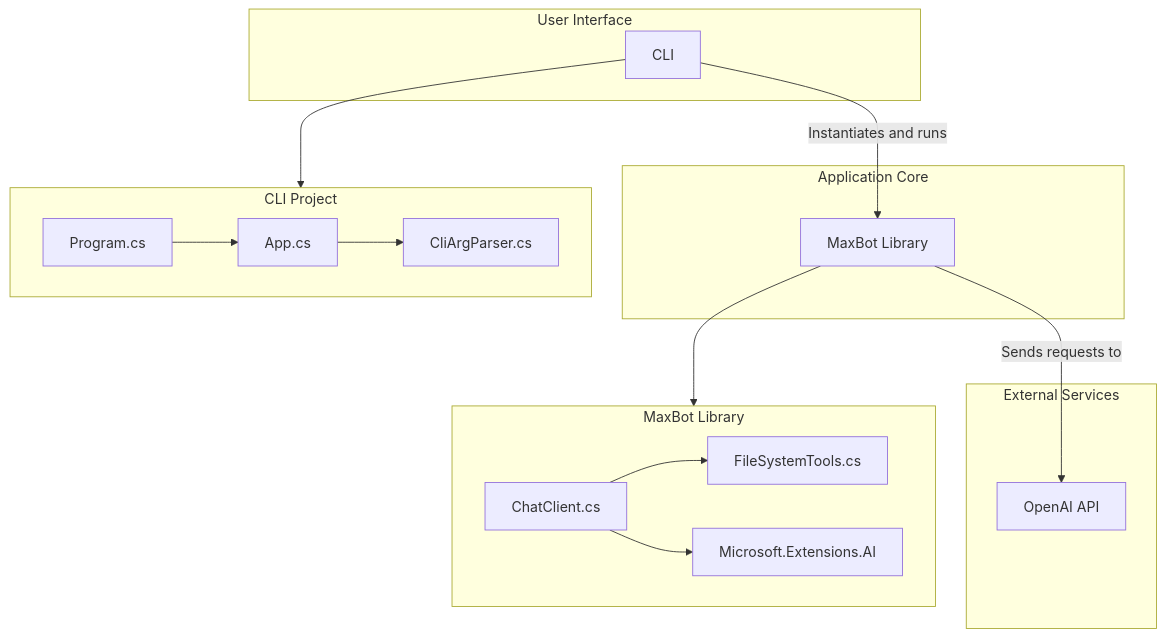
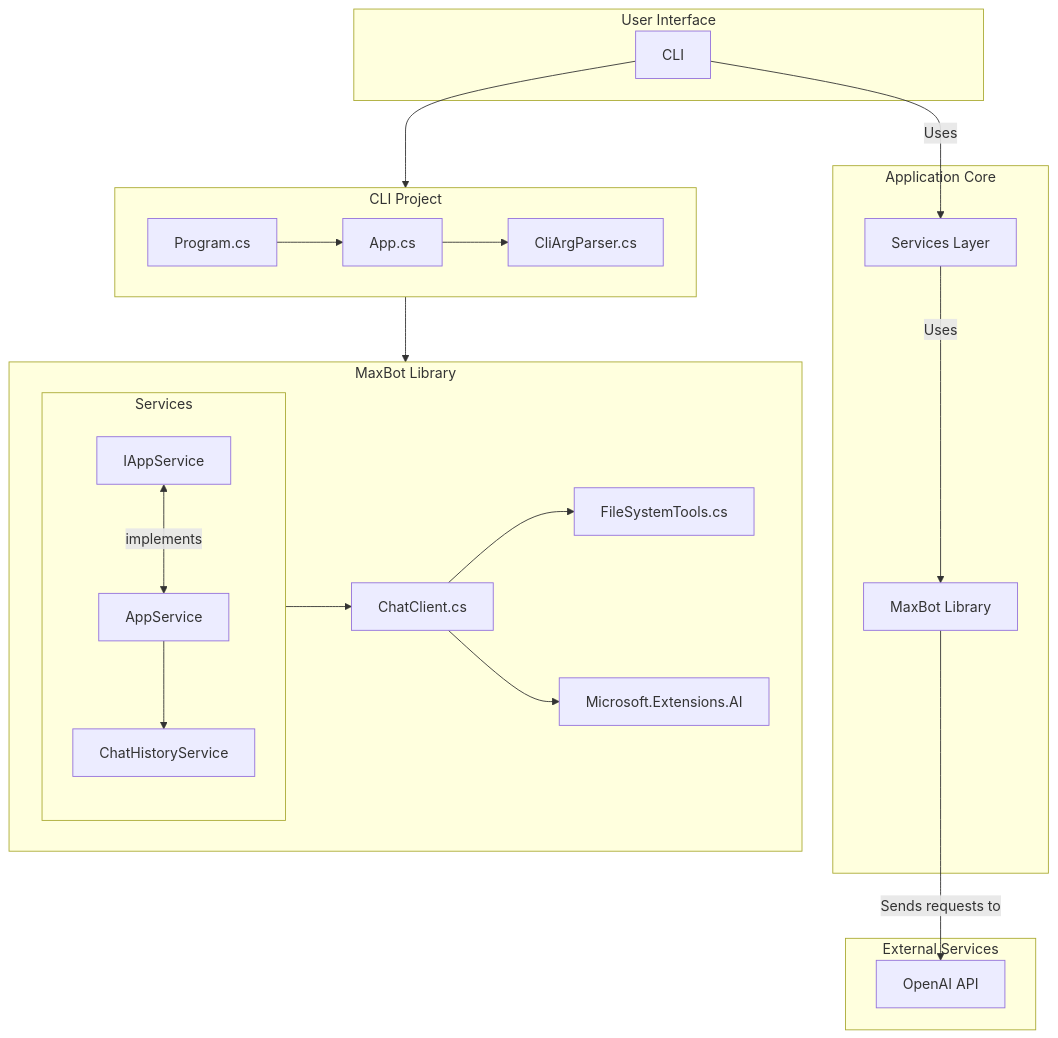
Before and after one commit to peakflames/mogzi: the first of 2 diagrams in .clinerules/developer_guidelines.md, drawn with Mermaid. The commit also changed other lines of this file and 6 other files, not shown here.

First line of the commit message:
refactor: implement Services layer with AppService

````diff
--- a/.clinerules/developer_guidelines.md
+++ b/.clinerules/developer_guidelines.md
@@ -92,32 +101,43 @@
 ```mermaid
 graph TD
     subgraph "User Interface"
         A[CLI]
     end
 
     subgraph "Application Core"
         B[MaxBot Library]
+        S[Services Layer]
     end
 
     subgraph "External Services"
         C[OpenAI API]
     end
 
-    A -- "Instantiates and runs" --> B
+    A -- "Uses" --> S
+    S -- "Uses" --> B
     B -- "Sends requests to" --> C
 
     subgraph "CLI Project"
         direction LR
         D[Program.cs] --> E[App.cs]
         E --> F[CliArgParser.cs]
     end
 
     subgraph "MaxBot Library"
         direction LR
         G[ChatClient.cs] --> H[FileSystemTools.cs]
         G --> I[Microsoft.Extensions.AI]
+        
+        subgraph "Services"
+            direction TB
+            J[IAppService] <-- "implements" --> K[AppService]
+            L[ChatHistoryService]
+        end
+        
+        K --> G
+        K --> L
     end
 
     A --> D
-    B --> G
+    E --> J
 ```
````
